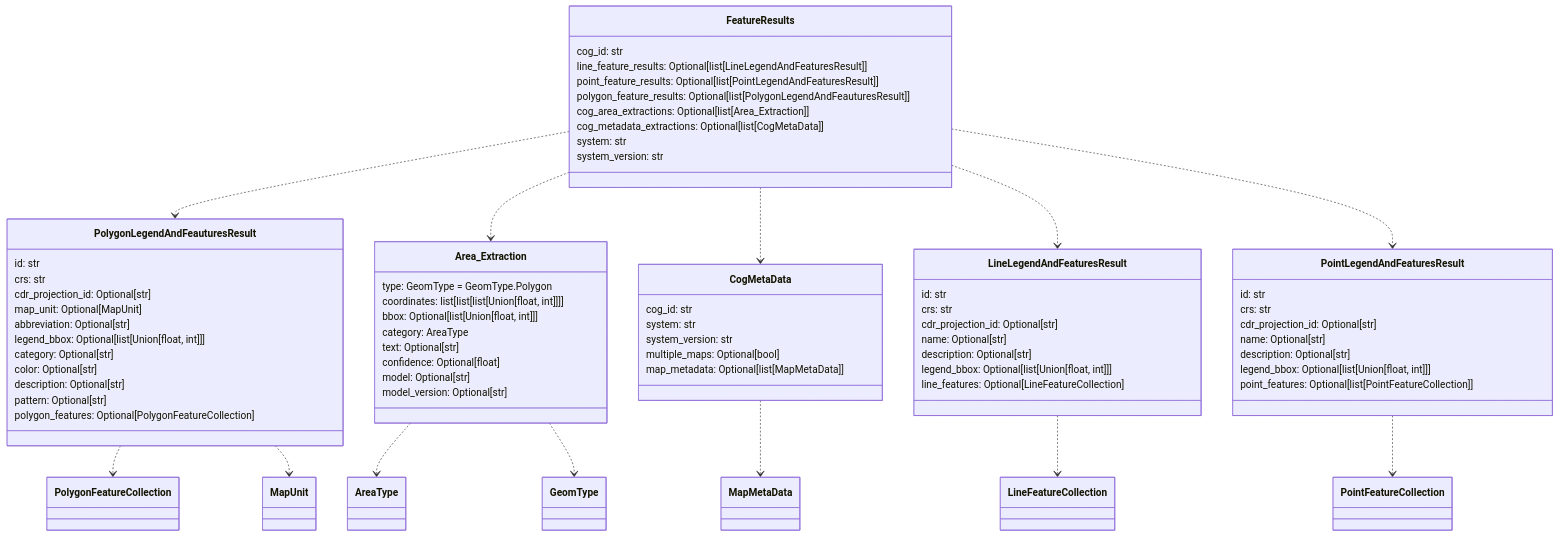
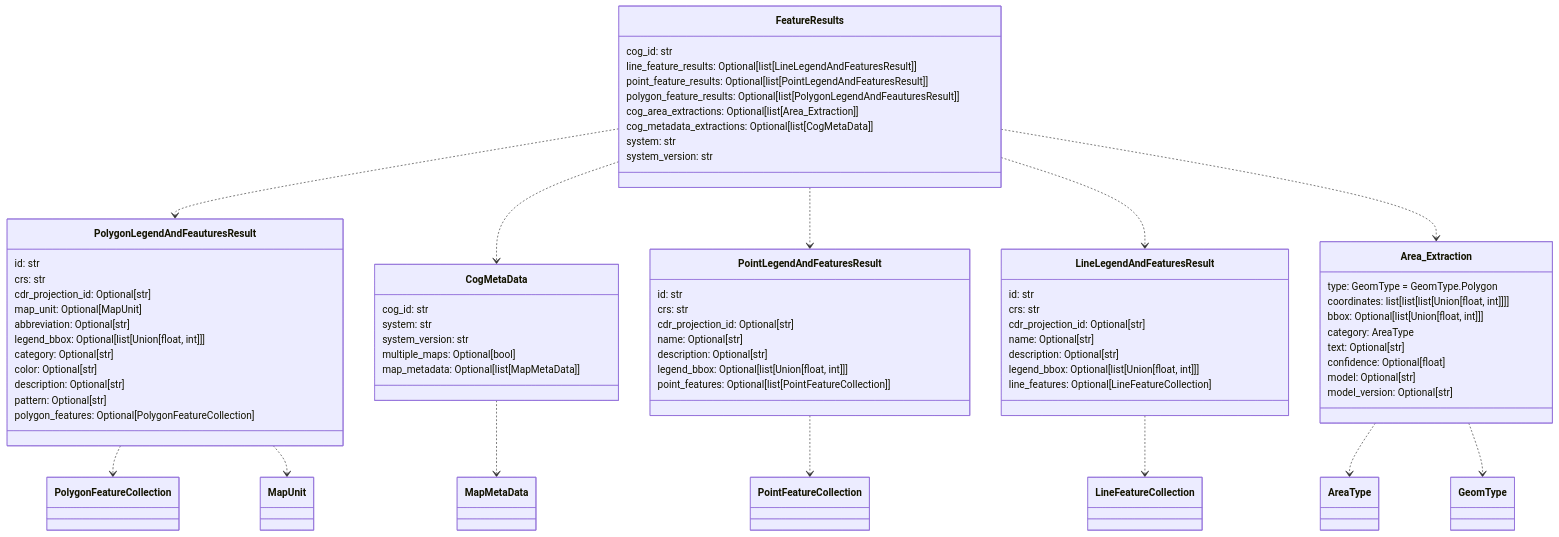
One commit to DARPA-CRITICALMAAS/cdr_schemas changed the fourth of 12 diagrams in README.md. Above: the diagram before and after it, drawn with Mermaid. The commit also changed other lines of this file, not shown here.

````diff
--- a/README.md
+++ b/README.md
@@ -251,82 +251,82 @@
 ```mermaid
 classDiagram
+
+    class FeatureResults {
+        cog_id: str
+        line_feature_results: Optional[list[LineLegendAndFeaturesResult]]
+        point_feature_results: Optional[list[PointLegendAndFeaturesResult]]
+        polygon_feature_results: Optional[list[PolygonLegendAndFeauturesResult]]
+        cog_area_extractions: Optional[list[Area_Extraction]]
+        cog_metadata_extractions: Optional[list[CogMetaData]]
+        system: str
+        system_version: str
+    }
 
     class PolygonLegendAndFeauturesResult {
         id: str
         crs: str
         cdr_projection_id: Optional[str]
         map_unit: Optional[MapUnit]
         abbreviation: Optional[str]
         legend_bbox: Optional[list[Union[float, int]]]
         category: Optional[str]
         color: Optional[str]
         description: Optional[str]
         pattern: Optional[str]
         polygon_features: Optional[PolygonFeatureCollection]
     }
 
-    class Area_Extraction {
-        type: GeomType = GeomType.Polygon
-        coordinates: list[list[list[Union[float, int]]]]
-        bbox: Optional[list[Union[float, int]]]
-        category: AreaType
-        text: Optional[str]
-        confidence: Optional[float]
-        model: Optional[str]
-        model_version: Optional[str]
-    }
-
     class CogMetaData {
         cog_id: str
         system: str
         system_version: str
         multiple_maps: Optional[bool]
         map_metadata: Optional[list[MapMetaData]]
+    }
+
+    class PointLegendAndFeaturesResult {
+        id: str
+        crs: str
+        cdr_projection_id: Optional[str]
+        name: Optional[str]
+        description: Optional[str]
+        legend_bbox: Optional[list[Union[float, int]]]
+        point_features: Optional[list[PointFeatureCollection]]
     }
 
     class LineLegendAndFeaturesResult {
         id: str
         crs: str
         cdr_projection_id: Optional[str]
         name: Optional[str]
         description: Optional[str]
         legend_bbox: Optional[list[Union[float, int]]]
         line_features: Optional[LineFeatureCollection]
     }
 
-    class FeatureResults {
-        cog_id: str
-        line_feature_results: Optional[list[LineLegendAndFeaturesResult]]
-        point_feature_results: Optional[list[PointLegendAndFeaturesResult]]
-        polygon_feature_results: Optional[list[PolygonLegendAndFeauturesResult]]
-        cog_area_extractions: Optional[list[Area_Extraction]]
-        cog_metadata_extractions: Optional[list[CogMetaData]]
-        system: str
-        system_version: str
-    }
-
-    class PointLegendAndFeaturesResult {
-        id: str
-        crs: str
-        cdr_projection_id: Optional[str]
-        name: Optional[str]
-        description: Optional[str]
-        legend_bbox: Optional[list[Union[float, int]]]
-        point_features: Optional[list[PointFeatureCollection]]
+    class Area_Extraction {
+        type: GeomType = GeomType.Polygon
+        coordinates: list[list[list[Union[float, int]]]]
+        bbox: Optional[list[Union[float, int]]]
+        category: AreaType
+        text: Optional[str]
+        confidence: Optional[float]
+        model: Optional[str]
+        model_version: Optional[str]
     }
 
     Area_Extraction ..> AreaType
     Area_Extraction ..> GeomType
     LineLegendAndFeaturesResult ..> LineFeatureCollection
     PointLegendAndFeaturesResult ..> PointFeatureCollection
     PolygonLegendAndFeauturesResult ..> PolygonFeatureCollection
     PolygonLegendAndFeauturesResult ..> MapUnit
     CogMetaData ..> MapMetaData
     FeatureResults ..> PolygonLegendAndFeauturesResult
+    FeatureResults ..> CogMetaData
+    FeatureResults ..> PointLegendAndFeaturesResult
+    FeatureResults ..> LineLegendAndFeaturesResult
     FeatureResults ..> Area_Extraction
-    FeatureResults ..> CogMetaData
-    FeatureResults ..> LineLegendAndFeaturesResult
-    FeatureResults ..> PointLegendAndFeaturesResult
 
 
 ```
````
